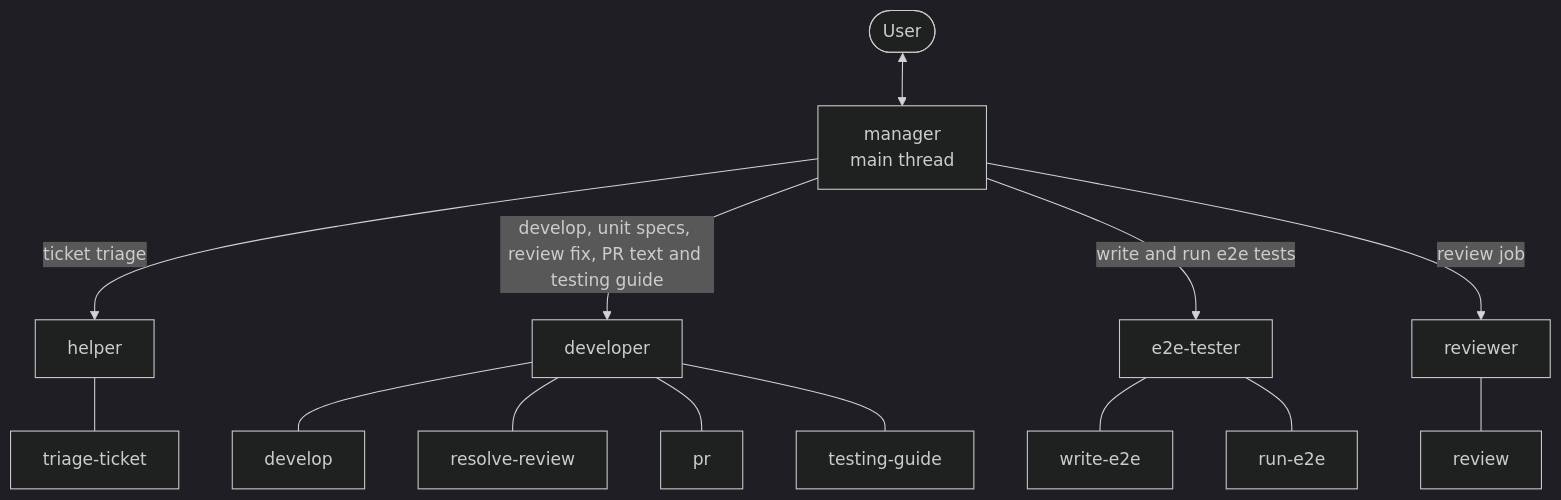
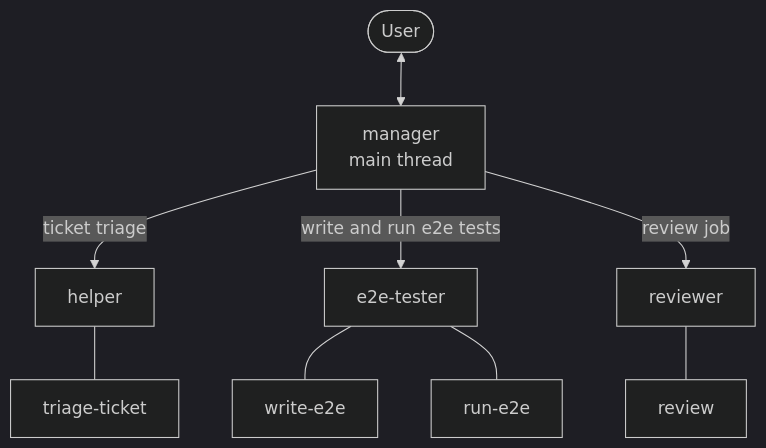
Before and after one commit to le0u0/just-do-it: the first of 3 diagrams in docs/architecture/ARCHITECTURE.md, drawn with Mermaid (dark theme). The commit also changed other lines of this file and 11 other files, not shown here.

Commit message:
refactor: drop developer role, manager runs develop itself

````diff
--- a/docs/architecture/ARCHITECTURE.md
+++ b/docs/architecture/ARCHITECTURE.md
@@ -7,13 +7,11 @@
 ```mermaid
 flowchart TD
     U([User]) <--> M[manager<br/>main thread]
     M -->|ticket triage| H[helper]
-    M -->|develop, unit specs, review fix, PR text and testing guide| D[developer]
     M -->|write and run e2e tests| E[e2e-tester]
     M -->|review job| R[reviewer]
 
     H --- H1[triage-ticket]
-    D --- D1[develop] & D2[resolve-review] & D3[pr] & D4[testing-guide]
     E --- E1[write-e2e] & E2[run-e2e]
     R --- R1[review]
 ```
````
